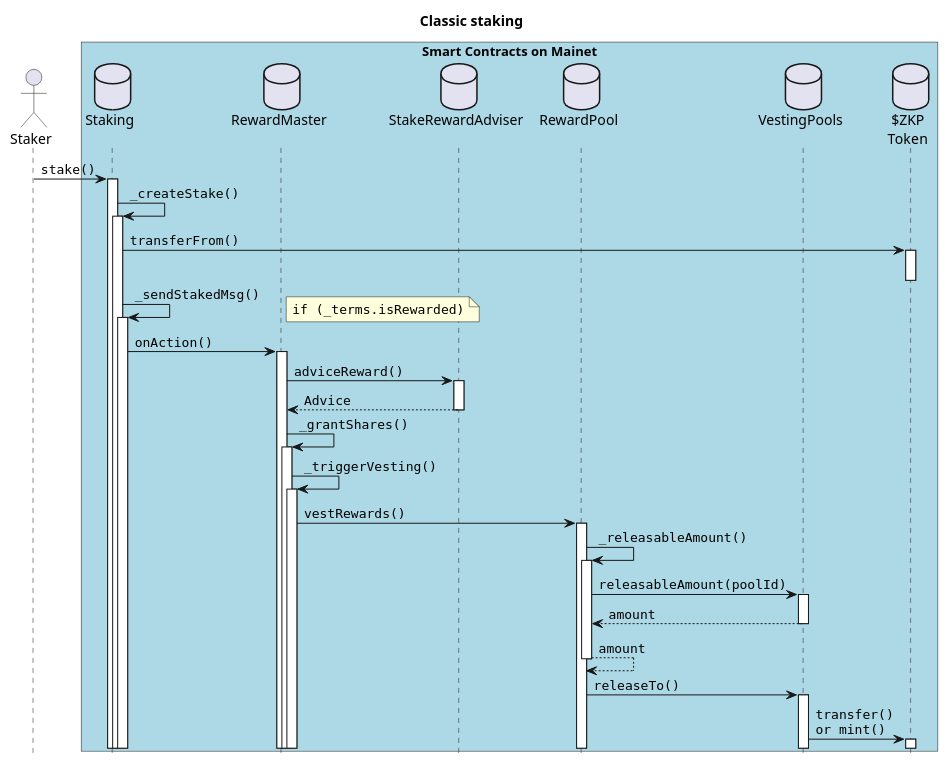
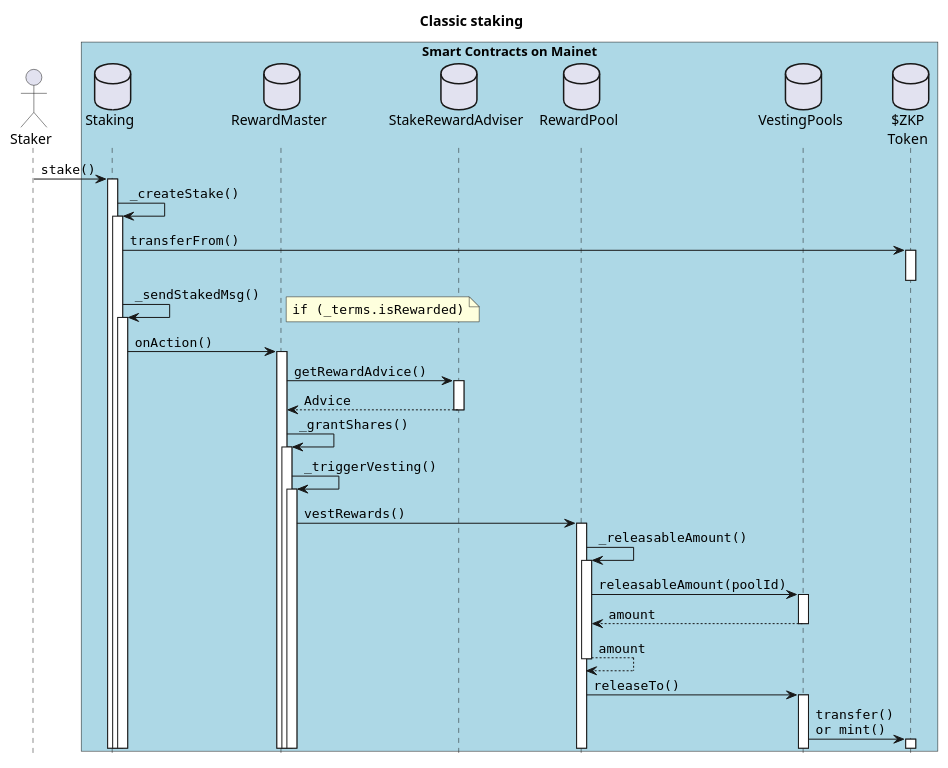
One commit to pantherprotocol/panther-core changed the diagram in docs/classic-staking.puml. Above: the diagram before and after it, drawn with PlantUML. The commit also changed 5 other files, not shown here.

First line of the commit message:
rename advisor.adviceReward() to .getRewardAdvice()

```diff
--- a/docs/classic-staking.puml
+++ b/docs/classic-staking.puml
@@ -1,41 +1,41 @@
 @startuml
 'https://plantuml.com/sequence-diagram
 
 title **Classic staking**
 
 'autonumber
 
 hide footbox
 actor "Staker" as staker
 
 box "Smart Contracts on Mainet" #LightBlue
   database "Staking\n" as Staking
   'database "StakingMsgProcessor\n" as SMP
   database "RewardMaster\n" as rMaster
   database "StakeRewardAdviser\n" as adviser
   database "RewardPool\n" as rPool
   database "VestingPools\n" as vPools
   database "$ZKP\nToken" as ZKP
 end box
 
 staker -> Staking ++ : ""stake()""
   Staking -> Staking ++ : ""_createStake()""
     Staking -> ZKP ++ : ""transferFrom()""
     deactivate
     Staking -> Staking ++ : ""_sendStakedMsg()""
     note right: ""if (_terms.isRewarded)""
       'Staking -> SMP: _encodeStakeActionType()
       'return
       Staking -> rMaster ++ : ""onAction()""
-        rMaster -> adviser ++ : ""adviceReward()""
+        rMaster -> adviser ++ : ""getRewardAdvice()""
         return ""Advice""
         rMaster -> rMaster ++ : ""_grantShares()""
           rMaster -> rMaster ++ : ""_triggerVesting()""
             rMaster -> rPool ++ : ""vestRewards()""
               rPool -> rPool ++ : ""_releasableAmount()""
                 rPool -> vPools ++ : ""releasableAmount(poolId)""
                 return ""amount""
               return ""amount""
               rPool -> vPools ++ : ""releaseTo()""
                 vPools -> ZKP ++ : ""transfer()""\n""or mint()""
 @enduml
```
